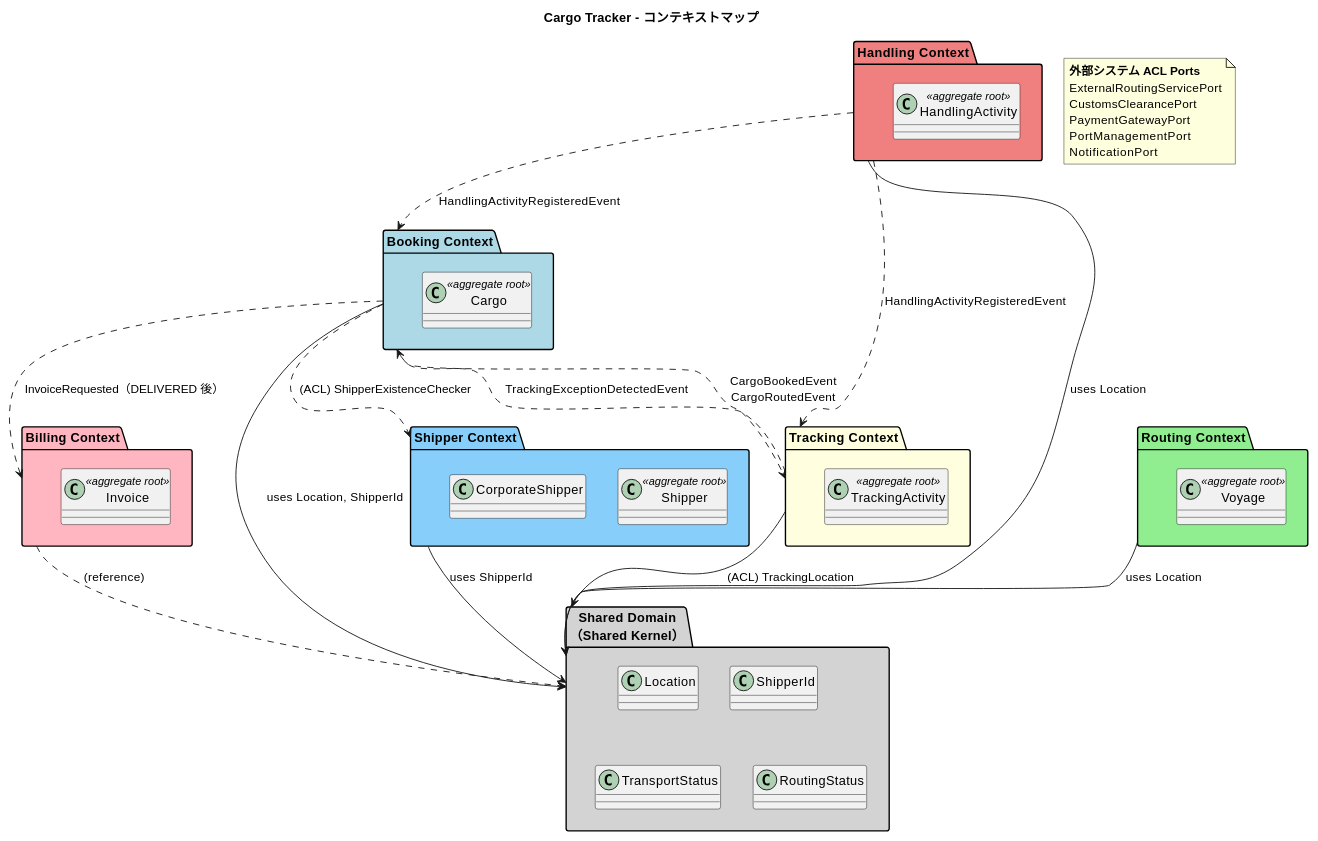
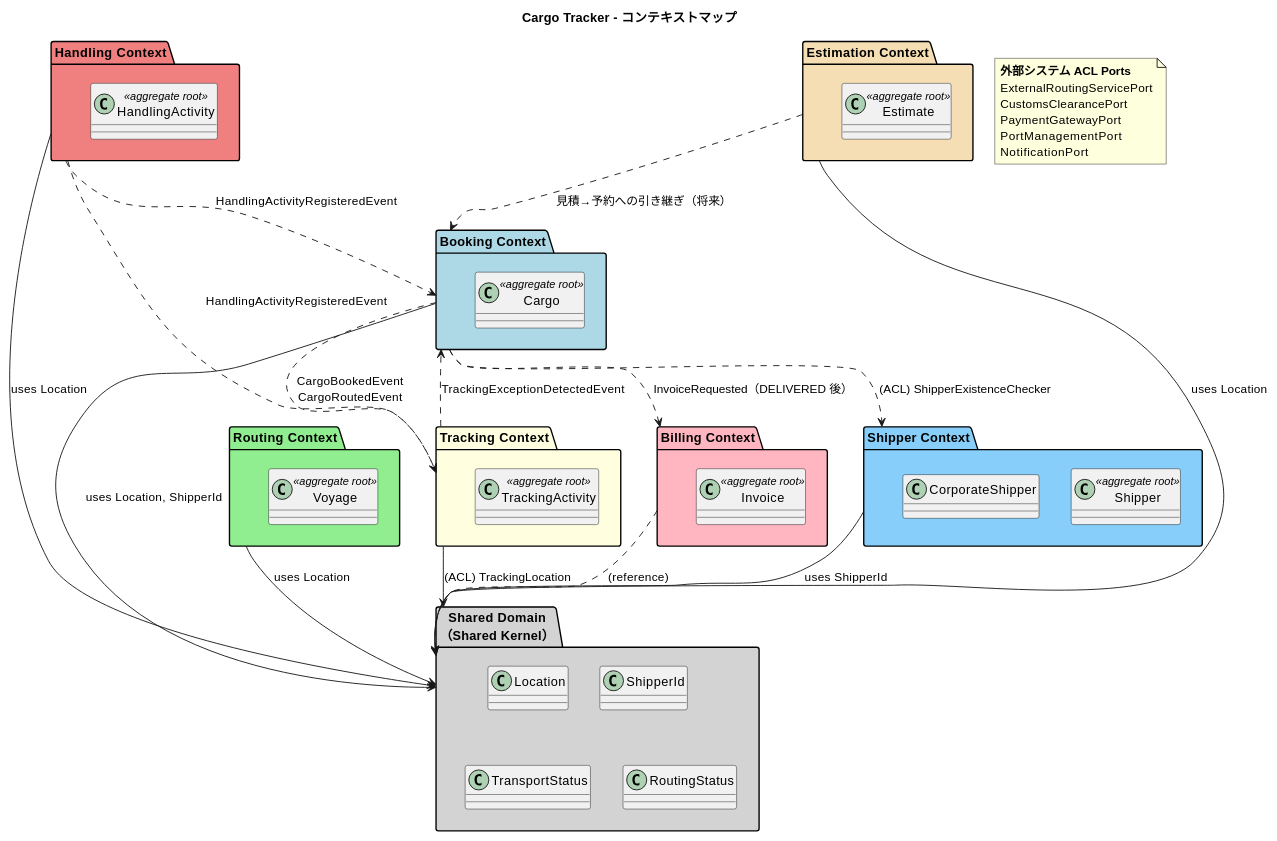
The second of 11 diagrams in docs/design/domain-model.md (k2works/case-study-cargo-tracker), drawn with PlantUML before and after one commit. The commit also changed other lines of this file and 1 other file, not shown here.

Commit message:
docs(design): Estimation コンテキストのデータモデル・ドメインモデルを追加

````diff
--- a/docs/design/domain-model.md
+++ b/docs/design/domain-model.md
@@ -99,61 +106,67 @@
 ```plantuml
 @startuml
 title Cargo Tracker - コンテキストマップ
 
 package "Booking Context" as booking #lightblue {
   class Cargo <<aggregate root>>
 }
 
 package "Shipper Context" as shipper #lightskyblue {
   class Shipper <<aggregate root>>
   class CorporateShipper
 }
 
 package "Routing Context" as routing #lightgreen {
   class Voyage <<aggregate root>>
 }
 
 package "Tracking Context" as tracking #lightyellow {
   class TrackingActivity <<aggregate root>>
 }
 
 package "Handling Context" as handling #lightcoral {
   class HandlingActivity <<aggregate root>>
 }
 
 package "Billing Context" as billing #lightpink {
   class Invoice <<aggregate root>>
 }
 
+package "Estimation Context" as estimation #wheat {
+  class Estimate <<aggregate root>>
+}
+
 package "Shared Domain\n（Shared Kernel）" as shared #lightgray {
   class Location
   class ShipperId
   class TransportStatus
   class RoutingStatus
 }
 
 booking --> shared : uses Location, ShipperId
 booking ..> shipper : (ACL) ShipperExistenceChecker
 shipper --> shared : uses ShipperId
 routing --> shared : uses Location
 tracking --> shared : (ACL) TrackingLocation
 handling --> shared : uses Location
 
 booking ..> tracking : CargoBookedEvent\nCargoRoutedEvent
 handling ..> tracking : HandlingActivityRegisteredEvent
 handling ..> booking : HandlingActivityRegisteredEvent
 tracking ..> booking : TrackingExceptionDetectedEvent
 booking ..> billing : InvoiceRequested（DELIVERED 後）
 billing ..> shared : (reference)
+estimation --> shared : uses Location
+estimation ..> booking : 見積→予約への引き継ぎ（将来）
 
 note as ACL_NOTE
   **外部システム ACL Ports**
   ExternalRoutingServicePort
   CustomsClearancePort
   PaymentGatewayPort
   PortManagementPort
   NotificationPort
 end note
 
 @enduml
 ```
````
